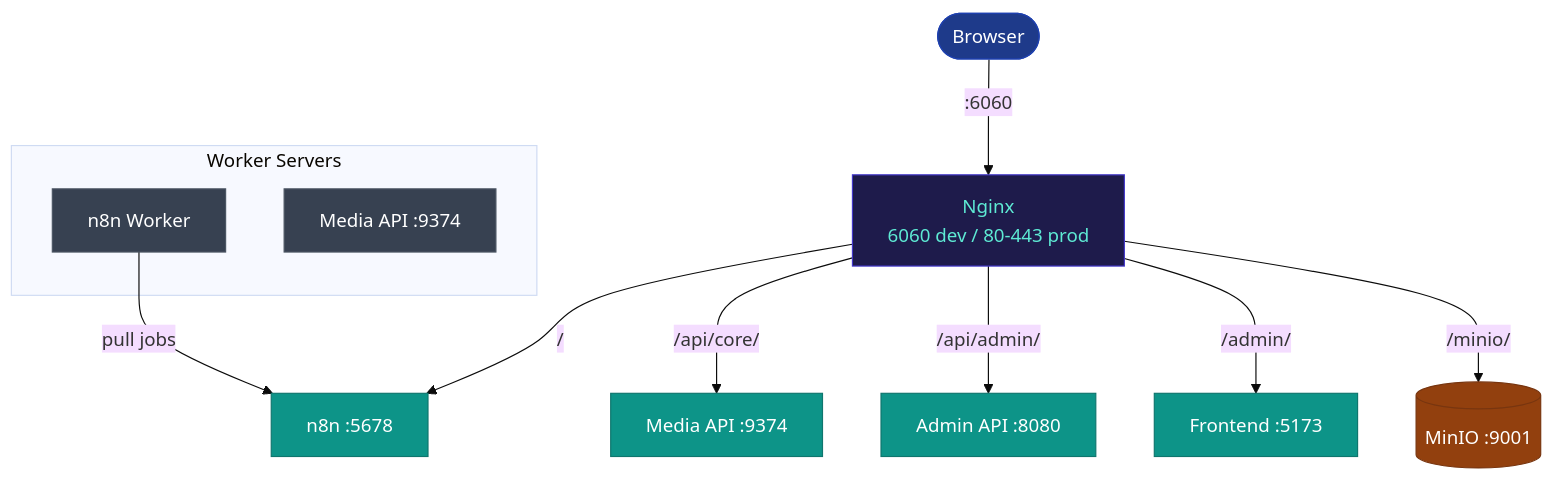
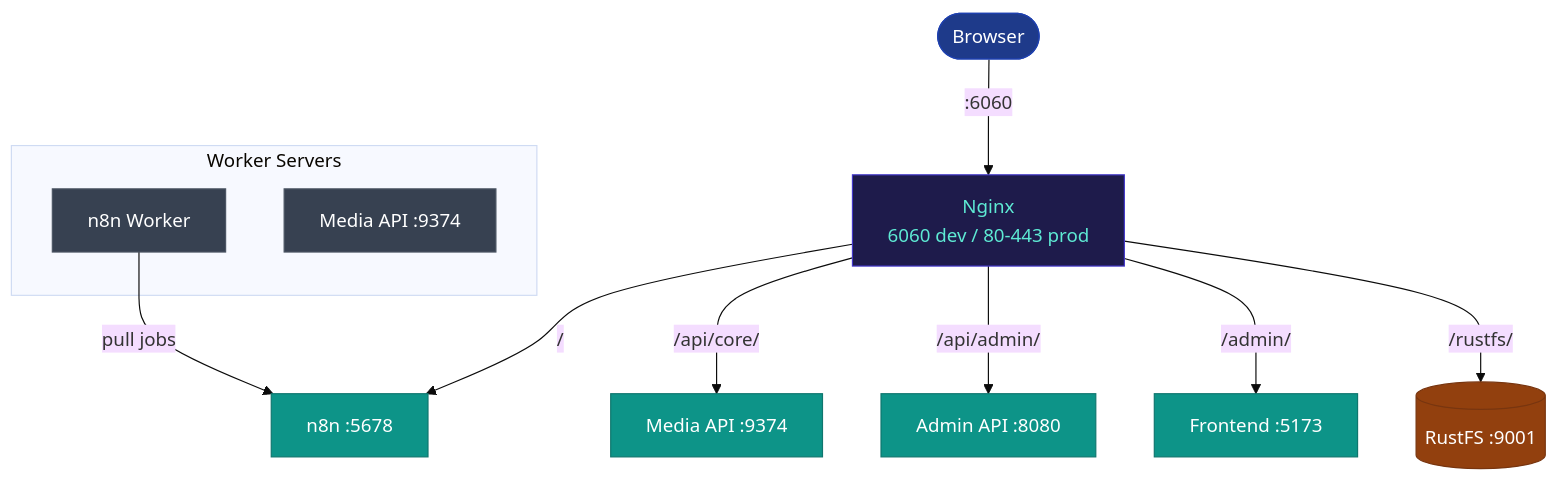
One commit to 1atharvad/n8n-self-hosted changed the first of 2 diagrams in docs/src/content/docs/architecture/services-map.md. Above: the diagram before and after it, drawn with Mermaid (base theme). The commit also changed other lines of this file and 20 other files, not shown here.

First line of the commit message:
Rename minio service/container/path to rustfs throughout

````diff
--- a/docs/src/content/docs/architecture/services-map.md
+++ b/docs/src/content/docs/architecture/services-map.md
@@ -12,27 +12,27 @@
 ```mermaid
 graph TD
     Browser(["Browser"]) -->|":6060"| Nginx["Nginx\n6060 dev / 80-443 prod"]
     Nginx -->|"/"| n8n["n8n  :5678"]
     Nginx -->|"/api/core/"| MediaAPI["Media API  :9374"]
     Nginx -->|"/api/admin/"| AdminAPI["Admin API  :8080"]
     Nginx -->|"/admin/"| Frontend["Frontend  :5173"]
-    Nginx -->|"/minio/"| MinIO[("MinIO  :9001")]
+    Nginx -->|"/rustfs/"| RustFS[("RustFS  :9001")]
 
     subgraph Workers["Worker Servers"]
         N8NWorker["n8n Worker"]
         MediaAPIW["Media API  :9374"]
     end
     N8NWorker -->|"pull jobs"| n8n
 
     classDef svc fill:#0d9488,color:#fff,stroke:#0f766e
     classDef store fill:#92400e,color:#fff,stroke:#78350f
     classDef ext fill:#1e3a8a,color:#fff,stroke:#1e40af
     classDef mon fill:#374151,color:#fff,stroke:#4b5563
     classDef proxy fill:#1e1b4b,color:#5eead4,stroke:#4338ca
 
     class n8n,MediaAPI,AdminAPI,Frontend svc
-    class MinIO store
+    class RustFS store
     class Browser ext
     class N8NWorker,MediaAPIW mon
     class Nginx proxy
 ```
````
